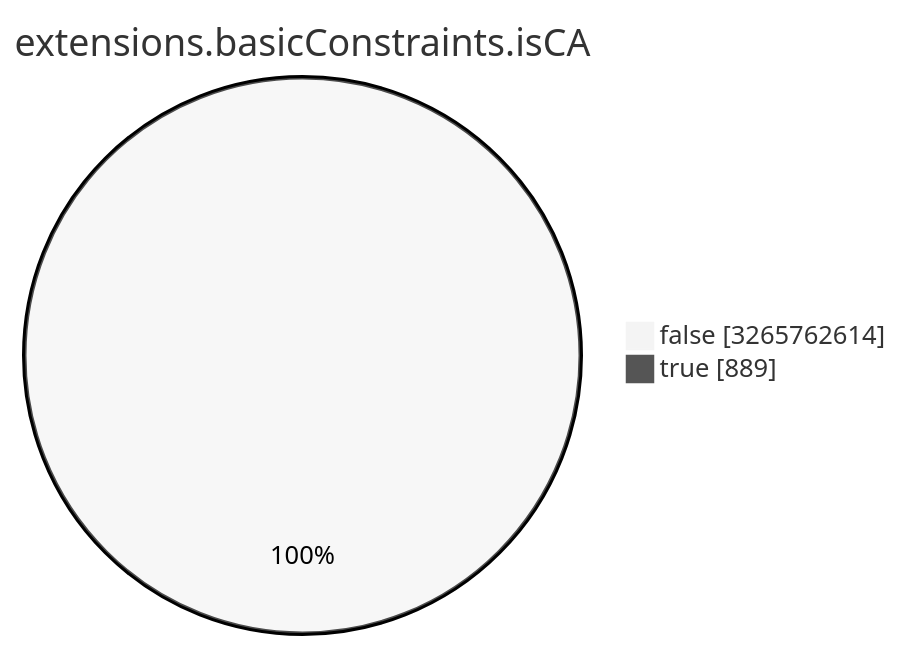
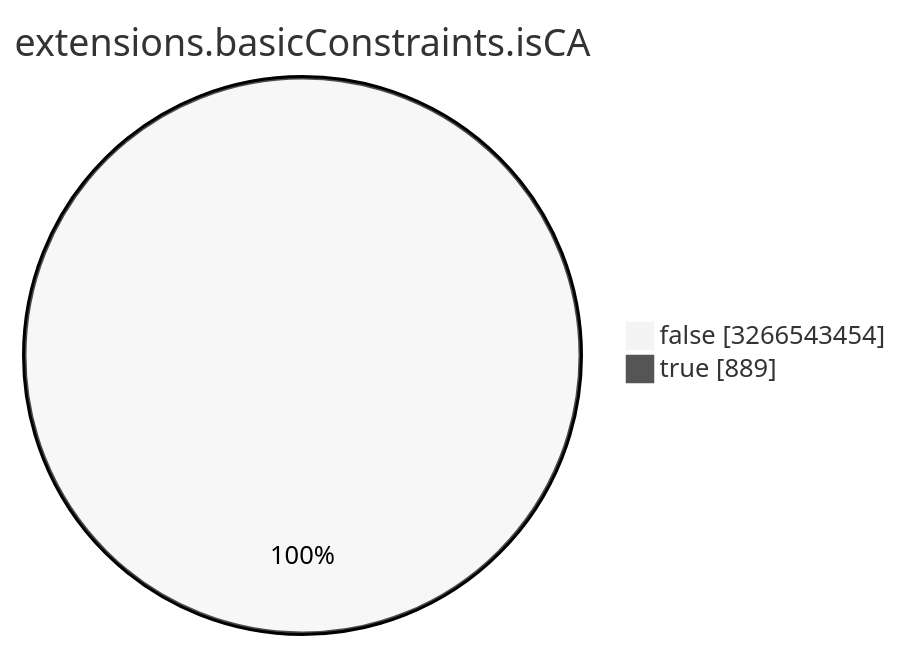
One commit to christiankrug/ctmonitor_visualization changed the seventh of 15 diagrams in TOTAL/README.md. Above: the diagram before and after it, drawn with Mermaid (neutral theme). The commit also changed other lines of this file, not shown here.

````diff
--- a/TOTAL/README.md
+++ b/TOTAL/README.md
@@ -3089,6 +3089,6 @@
 ```mermaid
 pie showData
 title extensions.basicConstraints.isCA
-"false" :3265762614
+"false" :3266543454
 "true" :889
 ```
````
